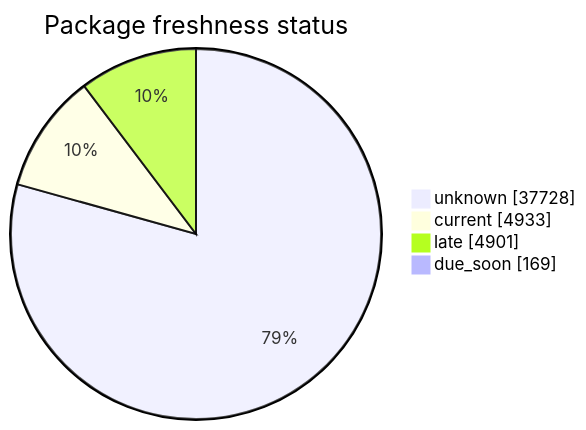
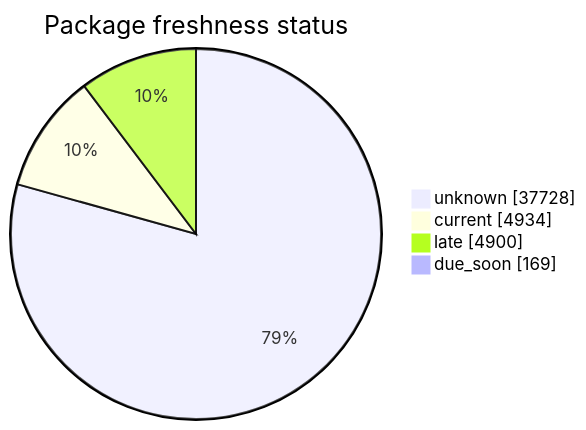
One commit to open-data/analytics-corporate-reporting changed the second of 5 diagrams in FreshCheck/README.md. Above: the diagram before and after it, drawn with Mermaid. The commit also changed other lines of this file and 3 other files, not shown here.

````diff
--- a/FreshCheck/README.md
+++ b/FreshCheck/README.md
@@ -68,7 +68,7 @@
 ```mermaid
 pie showData title Package freshness status
     "unknown": 37728
-    "current": 4933
-    "late": 4901
+    "current": 4934
+    "late": 4900
     "due_soon": 169
 ```
````
